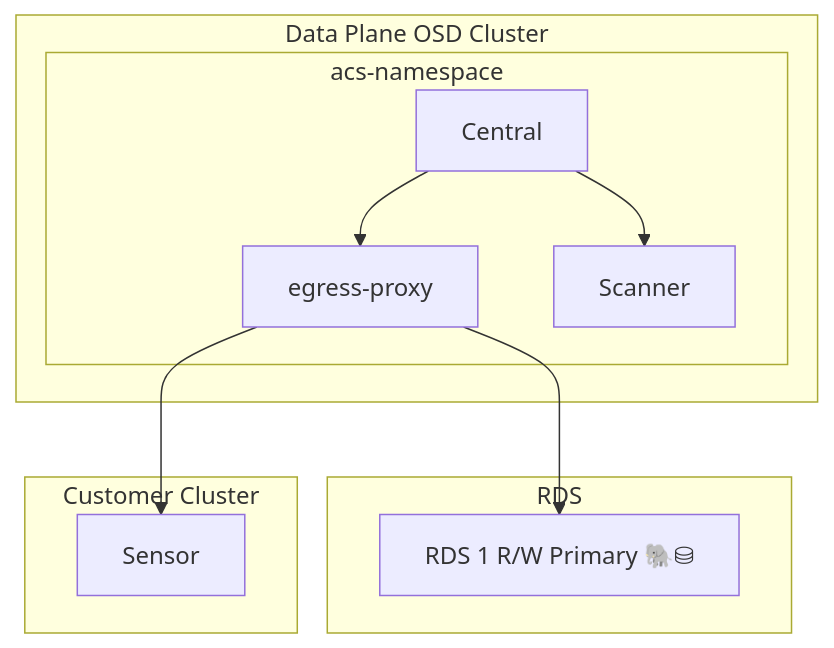
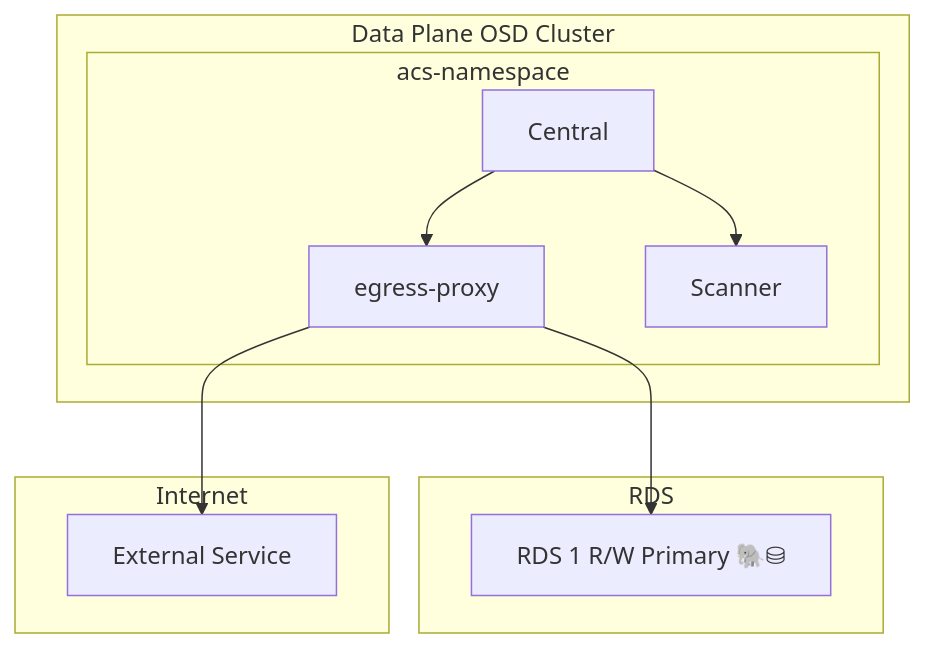
One commit to stackrox/acs-fleet-manager changed the diagram in docs/architecture/images/egress_diagram.md. Above: the diagram before and after it, drawn with Mermaid. The commit also changed 1 other file, not shown here.

````diff
--- a/docs/architecture/images/egress_diagram.md
+++ b/docs/architecture/images/egress_diagram.md
@@ -1,27 +1,27 @@
 ```mermaid
 
 graph
     direction LR
     subgraph RDS
             acs1rdsp["RDS 1 R/W Primary 🐘⛁"]
     end
 
     subgraph Data Plane OSD Cluster
 
         subgraph acs-namespace
             acs1central[Central]
             acs1egress[egress-proxy]
             acs1scanner[Scanner]
         end
 
         acs1central-->acs1scanner
         acs1central-->acs1egress
         acs1egress-->acs1rdsp
     end
 
-    subgraph Customer Cluster
-        c1s1[Sensor]
+    subgraph Internet
+        c1s1[External Service]
     end
 
     acs1egress-->c1s1
 ```
````
